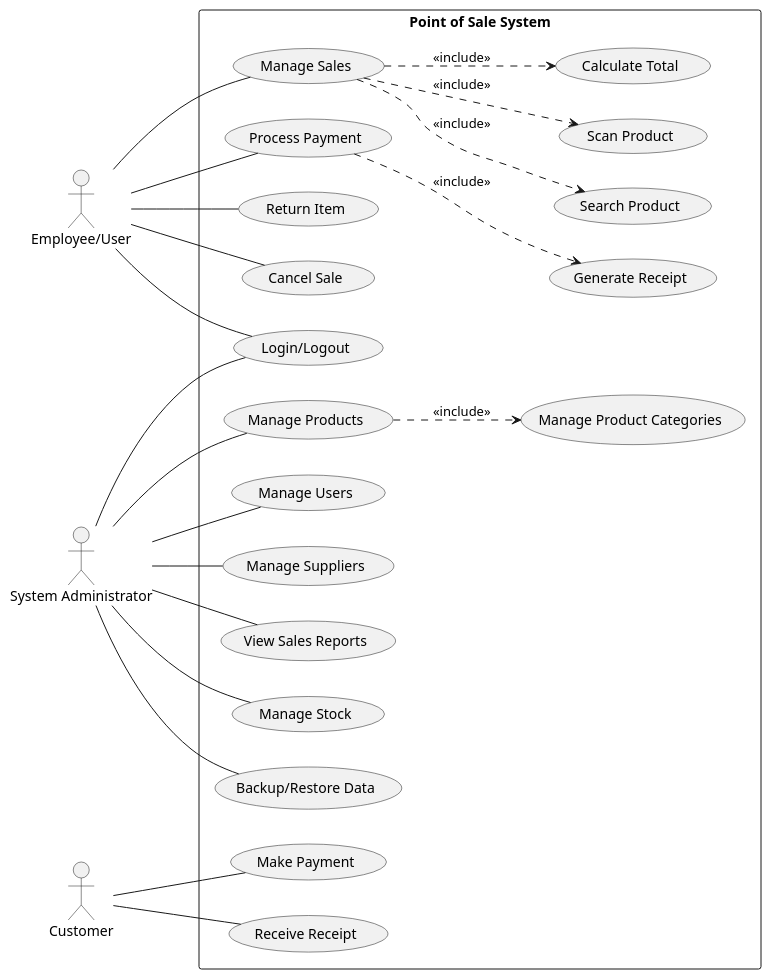
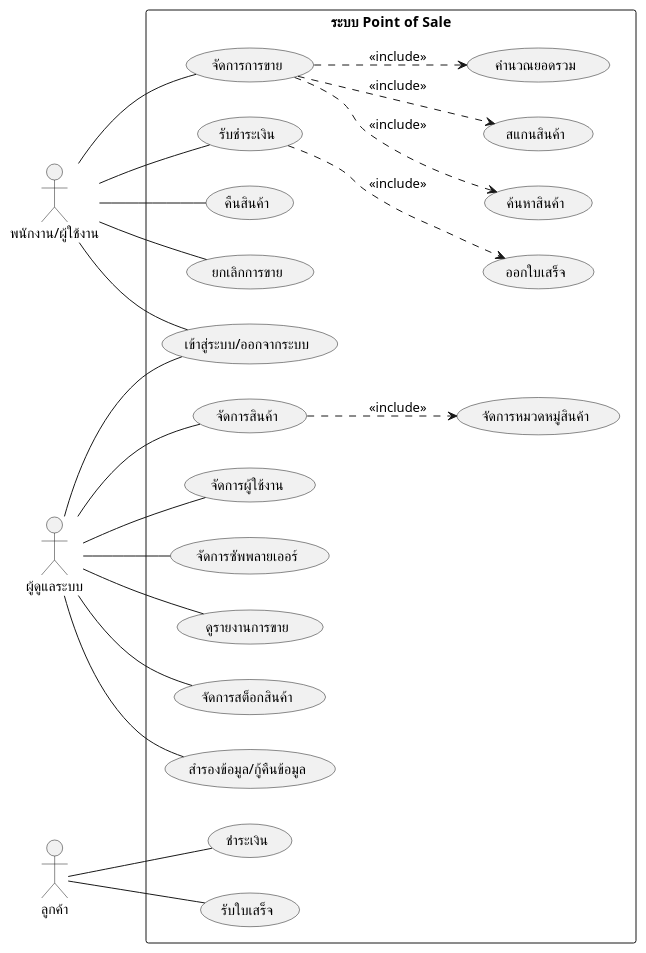
One commit to firstone6408/KKU-SoftwareDesign-Project-POS changed the diagram in pos_usecase2.puml. Above: the diagram before and after it, drawn with PlantUML.

```diff
--- a/pos_usecase2.puml
+++ b/pos_usecase2.puml
@@ -1,52 +1,52 @@
 @startuml pos_usecase
 left to right direction
-actor "Employee/User" as cashier
-actor "System Administrator" as admin
-actor "Customer" as customer
+actor "พนักงาน/ผู้ใช้งาน" as cashier
+actor "ผู้ดูแลระบบ" as admin
+actor "ลูกค้า" as customer
 
-rectangle "Point of Sale System" {
-  usecase "Login/Logout" as login
-  usecase "Manage Sales" as manageSales
-  usecase "Process Payment" as processPayment
-  usecase "Return Item" as returnItem
-  usecase "Cancel Sale" as cancelSale
-  usecase "Search Product" as searchProduct
-  usecase "Scan Product" as scanProduct
-  usecase "Calculate Total" as calculateTotal
-  usecase "Generate Receipt" as generateReceipt
-  usecase "Manage Products" as manageProducts
-  usecase "Manage Product Categories" as manageCategories
-  usecase "Manage Users" as manageUsers
-  usecase "Manage Suppliers" as manageSuppliers
-  usecase "View Sales Reports" as viewReports
-  usecase "Manage Stock" as manageStock
-  usecase "Backup/Restore Data" as backupRestore
-  usecase "Make Payment" as makePayment 
-  usecase "Receive Receipt" as receiveReceipt 
+rectangle "ระบบ Point of Sale" {
+  usecase "เข้าสู่ระบบ/ออกจากระบบ" as login
+  usecase "จัดการการขาย" as manageSales
+  usecase "รับชำระเงิน" as processPayment
+  usecase "คืนสินค้า" as returnItem
+  usecase "ยกเลิกการขาย" as cancelSale
+  usecase "ค้นหาสินค้า" as searchProduct
+  usecase "สแกนสินค้า" as scanProduct
+  usecase "คำนวณยอดรวม" as calculateTotal
+  usecase "ออกใบเสร็จ" as generateReceipt
+  usecase "จัดการสินค้า" as manageProducts
+  usecase "จัดการหมวดหมู่สินค้า" as manageCategories
+  usecase "จัดการผู้ใช้งาน" as manageUsers
+  usecase "จัดการซัพพลายเออร์" as manageSuppliers
+  usecase "ดูรายงานการขาย" as viewReports
+  usecase "จัดการสต็อกสินค้า" as manageStock
+  usecase "สำรองข้อมูล/กู้คืนข้อมูล" as backupRestore
+  usecase "ชำระเงิน" as makePayment
+  usecase "รับใบเสร็จ" as receiveReceipt
 }
 
 cashier -- login
 cashier -- manageSales
 cashier -- processPayment
 cashier -- returnItem
 cashier -- cancelSale
 
 manageSales ..> searchProduct : <<include>>
 manageSales ..> scanProduct : <<include>>
 manageSales ..> calculateTotal : <<include>>
 processPayment ..> generateReceipt : <<include>>
 
 admin -- login
 admin -- manageProducts
 admin -- manageUsers
 admin -- manageSuppliers
 admin -- viewReports
 admin -- manageStock
 admin -- backupRestore
 
 manageProducts ..> manageCategories : <<include>>
 
 customer -- makePayment
 customer -- receiveReceipt
 
 @enduml
```
